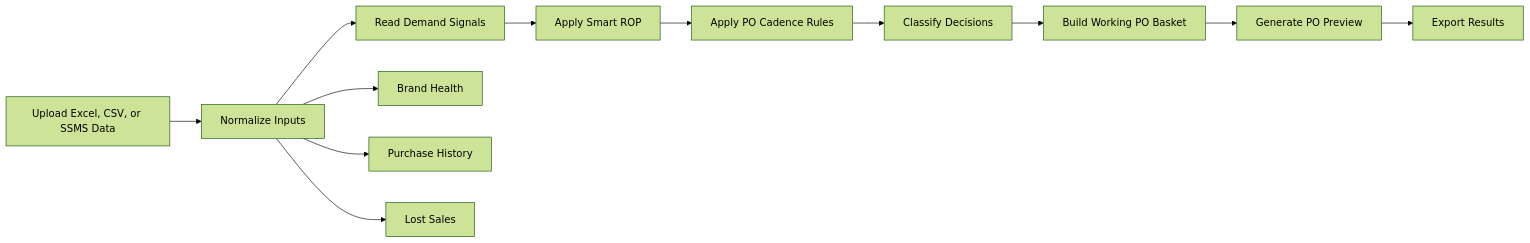
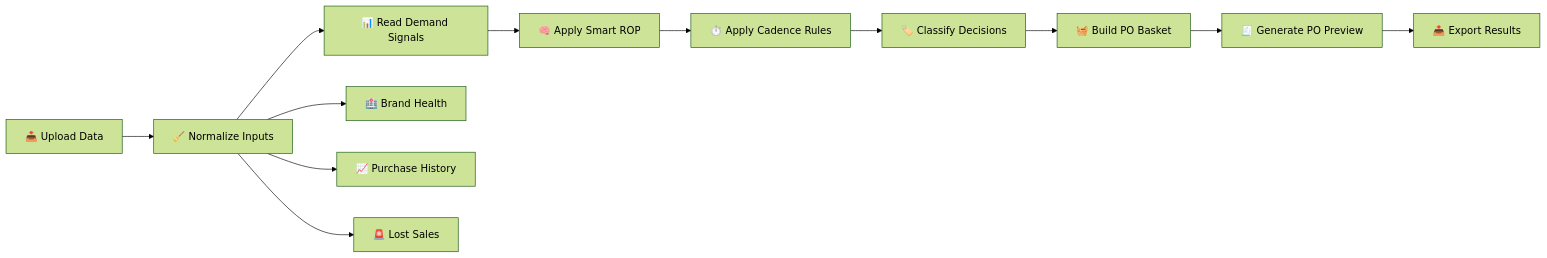
Before and after one commit to shahgem/PO-Decision-Engine: the second of 2 diagrams in README.md, drawn with Mermaid (forest theme). The commit also changed other lines of this file, not shown here.

````diff
--- a/README.md
+++ b/README.md
@@ -341,15 +461,15 @@
 ```mermaid
 flowchart LR
-    A[Upload Excel, CSV, or SSMS Data] --> B[Normalize Inputs]
-    B --> C[Read Demand Signals]
-    C --> D[Apply Smart ROP]
-    D --> E[Apply PO Cadence Rules]
-    E --> F[Classify Decisions]
-    F --> G[Build Working PO Basket]
-    G --> H[Generate PO Preview]
-    H --> I[Export Results]
+    A[📥 Upload Data] --> B[🧹 Normalize Inputs]
+    B --> C[📊 Read Demand Signals]
+    C --> D[🧠 Apply Smart ROP]
+    D --> E[⏱️ Apply Cadence Rules]
+    E --> F[🏷️ Classify Decisions]
+    F --> G[🧺 Build PO Basket]
+    G --> H[🧾 Generate PO Preview]
+    H --> I[📤 Export Results]
 
-    B --> J[Brand Health]
-    B --> K[Purchase History]
-    B --> L[Lost Sales]
+    B --> J[🏥 Brand Health]
+    B --> K[📈 Purchase History]
+    B --> L[🚨 Lost Sales]
 ```
````
